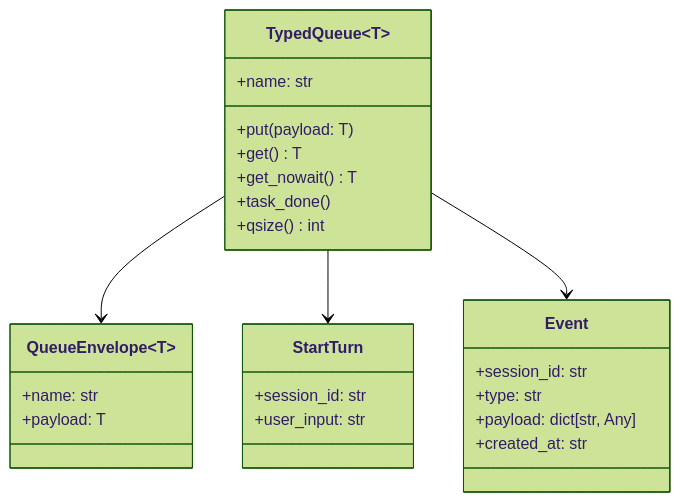
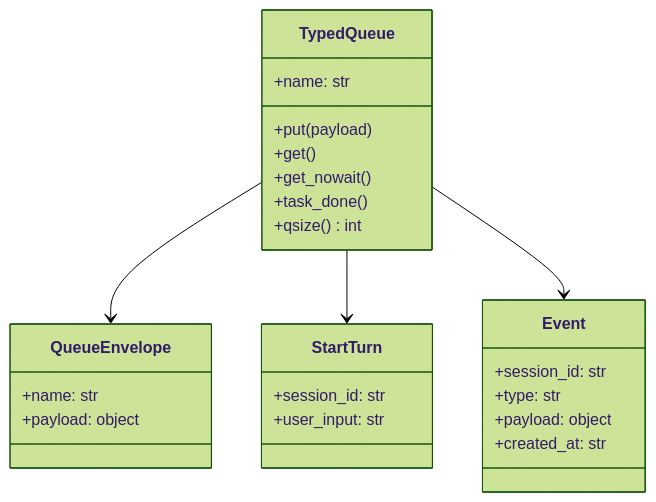
The third of 8 diagrams in docs/architecture.md (yao-creative/anti-tech-debt), drawn with Mermaid (forest theme) before and after one commit. The commit also changed other lines of this file and 30 other files, not shown here.

````diff
--- a/docs/architecture.md
+++ b/docs/architecture.md
@@ -89,32 +102,32 @@
 ```mermaid
 classDiagram
-    class TypedQueue~T~ {
+    class TypedQueue {
       +name: str
-      +put(payload: T)
-      +get() T
-      +get_nowait() T
+      +put(payload)
+      +get()
+      +get_nowait()
       +task_done()
       +qsize() int
     }
 
-    class QueueEnvelope~T~ {
+    class QueueEnvelope {
       +name: str
-      +payload: T
+      +payload: object
     }
 
     class StartTurn {
       +session_id: str
       +user_input: str
     }
 
     class Event {
       +session_id: str
       +type: str
-      +payload: dict[str, Any]
+      +payload: object
       +created_at: str
     }
 
     TypedQueue --> QueueEnvelope
     TypedQueue --> StartTurn
     TypedQueue --> Event
 ```
````
